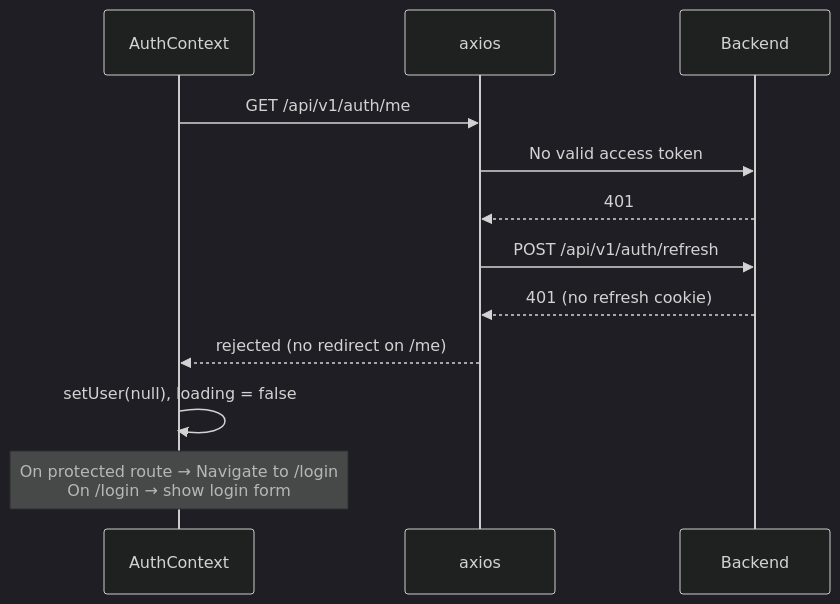
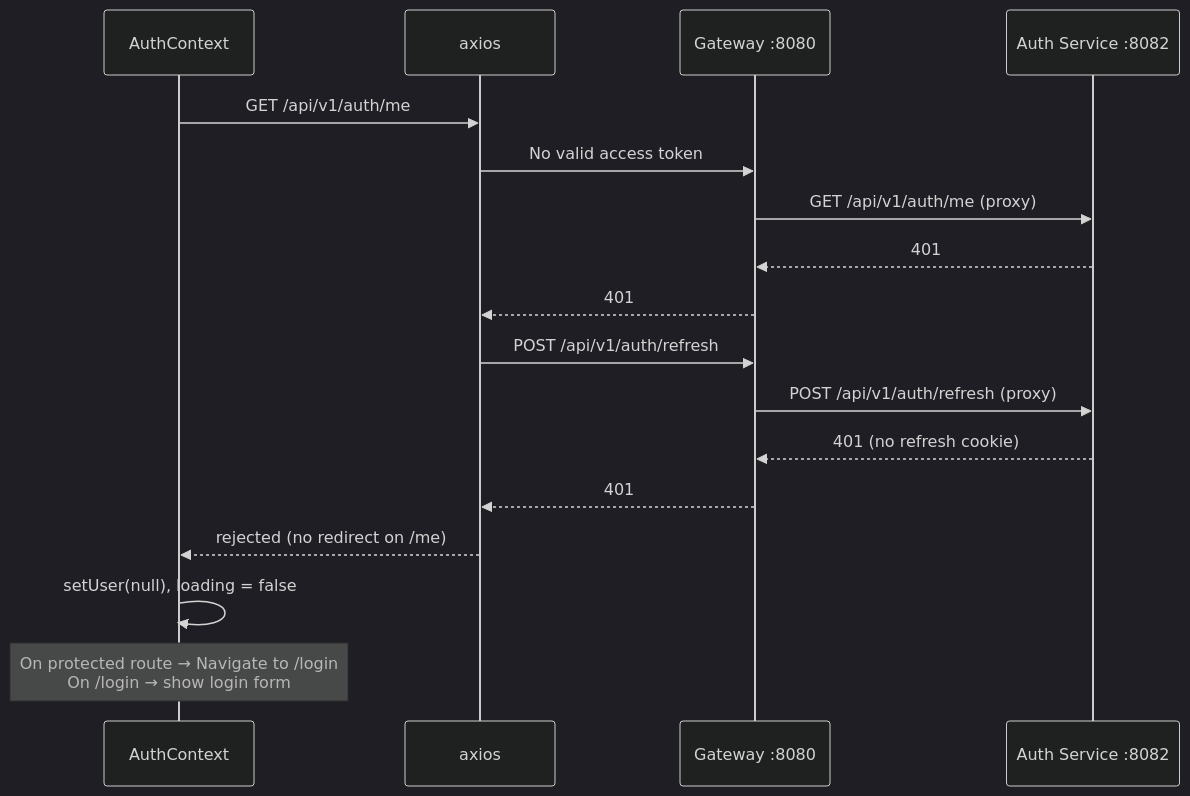
One commit to gnl-org/workhub changed the sixth of 7 diagrams in docs/authentication_flow.md. Above: the diagram before and after it, drawn with Mermaid (dark theme). The commit also changed other lines of this file, not shown here.

Commit message:
update auth flow doc

````diff
--- a/docs/authentication_flow.md
+++ b/docs/authentication_flow.md
@@ -246,15 +294,20 @@
 ```mermaid
 sequenceDiagram
     participant FE as AuthContext
     participant AX as axios
-    participant BE as Backend
+    participant GW as Gateway :8080
+    participant AS as Auth Service :8082
 
     FE->>AX: GET /api/v1/auth/me
-    AX->>BE: No valid access token
-    BE-->>AX: 401
-    AX->>BE: POST /api/v1/auth/refresh
-    BE-->>AX: 401 (no refresh cookie)
+    AX->>GW: No valid access token
+    GW->>AS: GET /api/v1/auth/me (proxy)
+    AS-->>GW: 401
+    GW-->>AX: 401
+    AX->>GW: POST /api/v1/auth/refresh
+    GW->>AS: POST /api/v1/auth/refresh (proxy)
+    AS-->>GW: 401 (no refresh cookie)
+    GW-->>AX: 401
     AX-->>FE: rejected (no redirect on /me)
     FE->>FE: setUser(null), loading = false
     Note over FE: On protected route → Navigate to /login<br/>On /login → show login form
 ```
````
